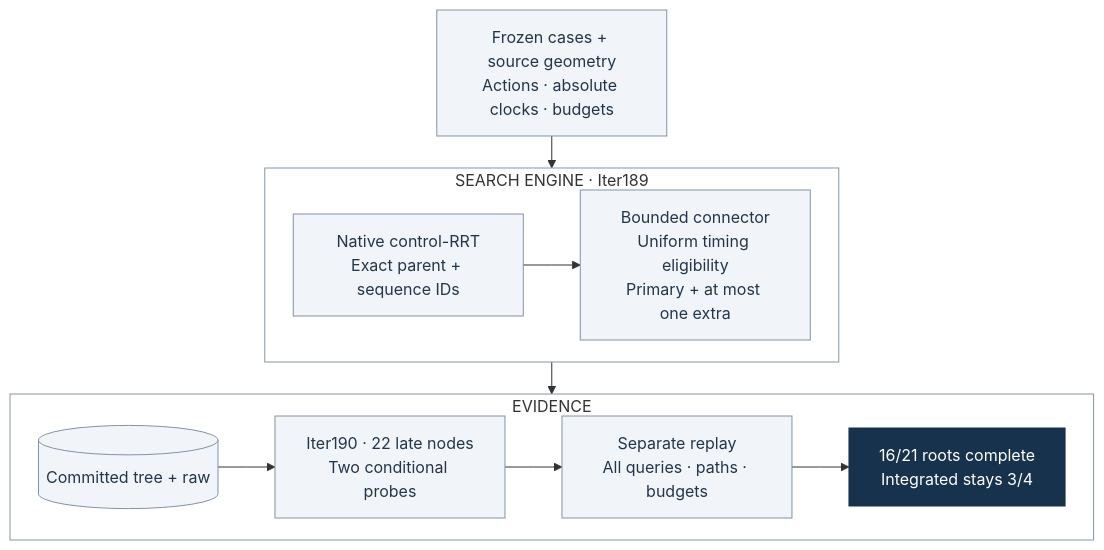
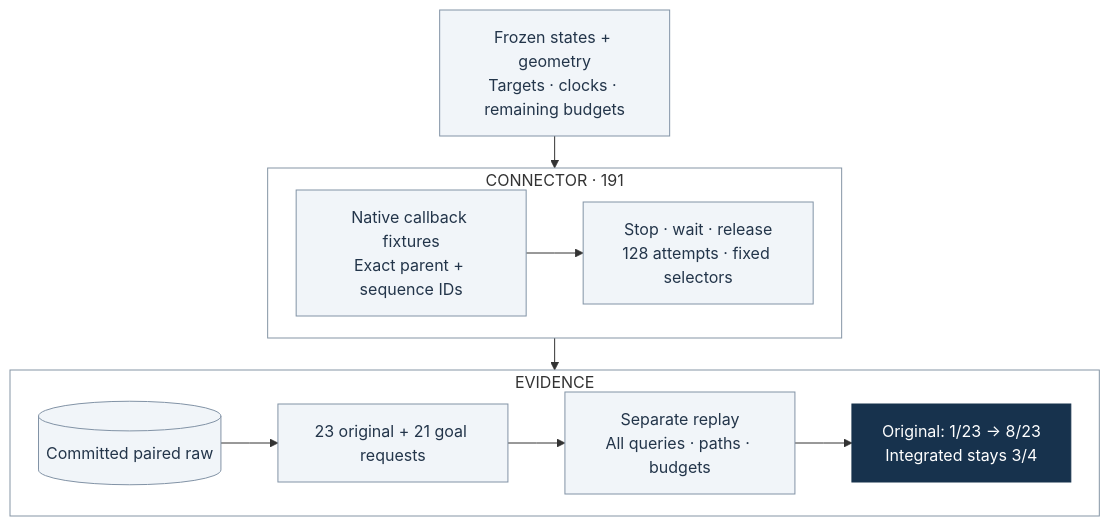
The first of 10 diagrams in docs/ARCHITECTURE.md (manfromnowhere143/sentinel), drawn with Mermaid before and after one commit. The commit also changed other lines of this file and 41 other files, not shown here.

Commit message:
Close Iter191 qualification and document connector gains with unchanged integrated boundary

````diff
--- a/docs/ARCHITECTURE.md
+++ b/docs/ARCHITECTURE.md
@@ -17,29 +17,29 @@
 ```mermaid
 ---
 config:
   flowchart:
     curve: linear
     nodeSpacing: 24
     wrappingWidth: 170
     rankSpacing: 32
 ---
 flowchart TB
-  accTitle: Current recovery research engine and evidence path
-  accDescr: Conditional continuation is audited separately from integrated qualification.
-  S["Frozen cases + source geometry<br/>Actions · absolute clocks · budgets"]
-  subgraph P["SEARCH ENGINE · Iter189"]
+  accTitle: Connector qualification and separate integrated boundary
+  accDescr: Paired requests and native fixtures qualify the connector, not the full planner.
+  S["Frozen states + geometry<br/>Targets · clocks · remaining budgets"]
+  subgraph P["CONNECTOR · 191"]
     direction LR
-    R["Native control-RRT<br/>Exact parent + sequence IDs"] --> C["Bounded connector<br/>Uniform timing eligibility<br/>Primary + at most one extra"]
+    R["Native callback fixtures<br/>Exact parent + sequence IDs"] --> C["Stop · wait · release<br/>128 attempts · fixed selectors"]
   end
   S --> P
   subgraph E["EVIDENCE"]
     direction LR
-    D[("Committed tree + raw")] --> Q["Iter190 · 22 late nodes<br/>Two conditional probes"] --> V["Separate replay<br/>All queries · paths · budgets"] --> A["16/21 roots complete<br/>Integrated stays 3/4"]
+    D[("Committed paired raw")] --> Q["23 original + 21 goal requests"] --> V["Separate replay<br/>All queries · paths · budgets"] --> A["Original: 1/23 → 8/23<br/>Integrated stays 3/4"]
   end
   P --> E
   classDef default fill:#f1f5f9,stroke:#8293a6,color:#23354a;
   classDef focus fill:#17324d,stroke:#17324d,color:#fff;
   class A focus;
   style P fill:transparent,stroke:#8595a5
   style E fill:transparent,stroke:#8595a5
 ```
````
